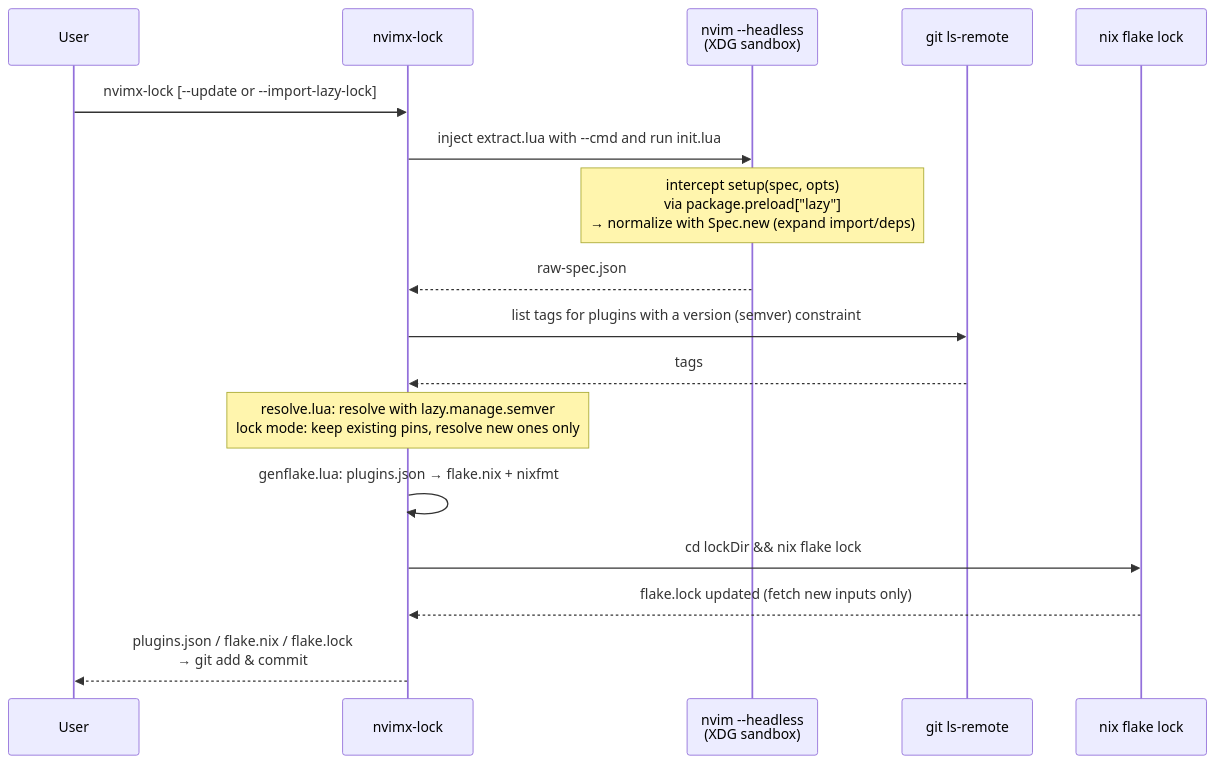
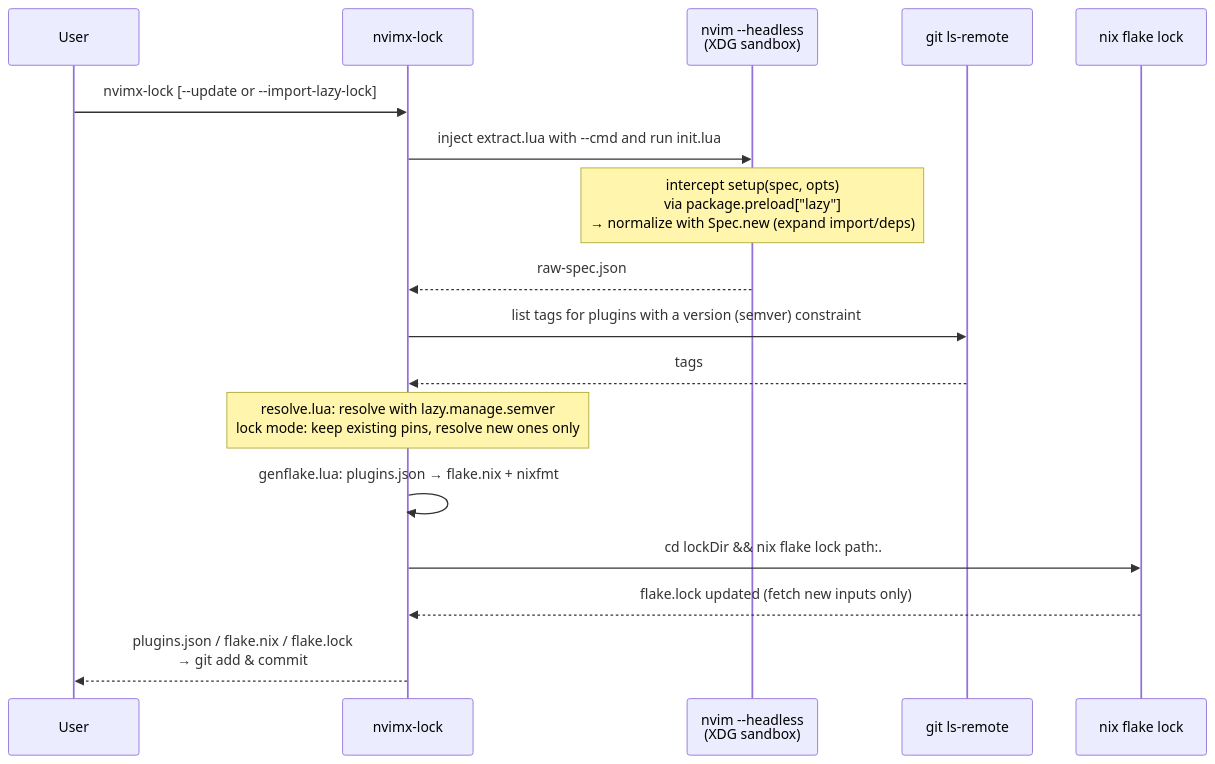
The second of 3 diagrams in docs/architecture.md (myuron/nvimx), drawn with Mermaid before and after one commit. The commit also changed other lines of this file and 2 other files, not shown here.

Commit message:
docs(lock): explain path: locking and the git add note

````diff
--- a/docs/architecture.md
+++ b/docs/architecture.md
@@ -74,20 +74,20 @@
 ```mermaid
 sequenceDiagram
     participant U as User
     participant L as nvimx-lock
     participant N as nvim --headless<br/>(XDG sandbox)
     participant G as git ls-remote
     participant F as nix flake lock
 
     U->>L: nvimx-lock [--update or --import-lazy-lock]
     L->>N: inject extract.lua with --cmd and run init.lua
     Note over N: intercept setup(spec, opts)<br/>via package.preload["lazy"]<br/>→ normalize with Spec.new (expand import/deps)
     N-->>L: raw-spec.json
     L->>G: list tags for plugins with a version (semver) constraint
     G-->>L: tags
     Note over L: resolve.lua: resolve with lazy.manage.semver<br/>lock mode: keep existing pins, resolve new ones only
     L->>L: genflake.lua: plugins.json → flake.nix + nixfmt
-    L->>F: cd lockDir && nix flake lock
+    L->>F: cd lockDir && nix flake lock path:.
     F-->>L: flake.lock updated (fetch new inputs only)
     L-->>U: plugins.json / flake.nix / flake.lock<br/>→ git add & commit
 ```
````
